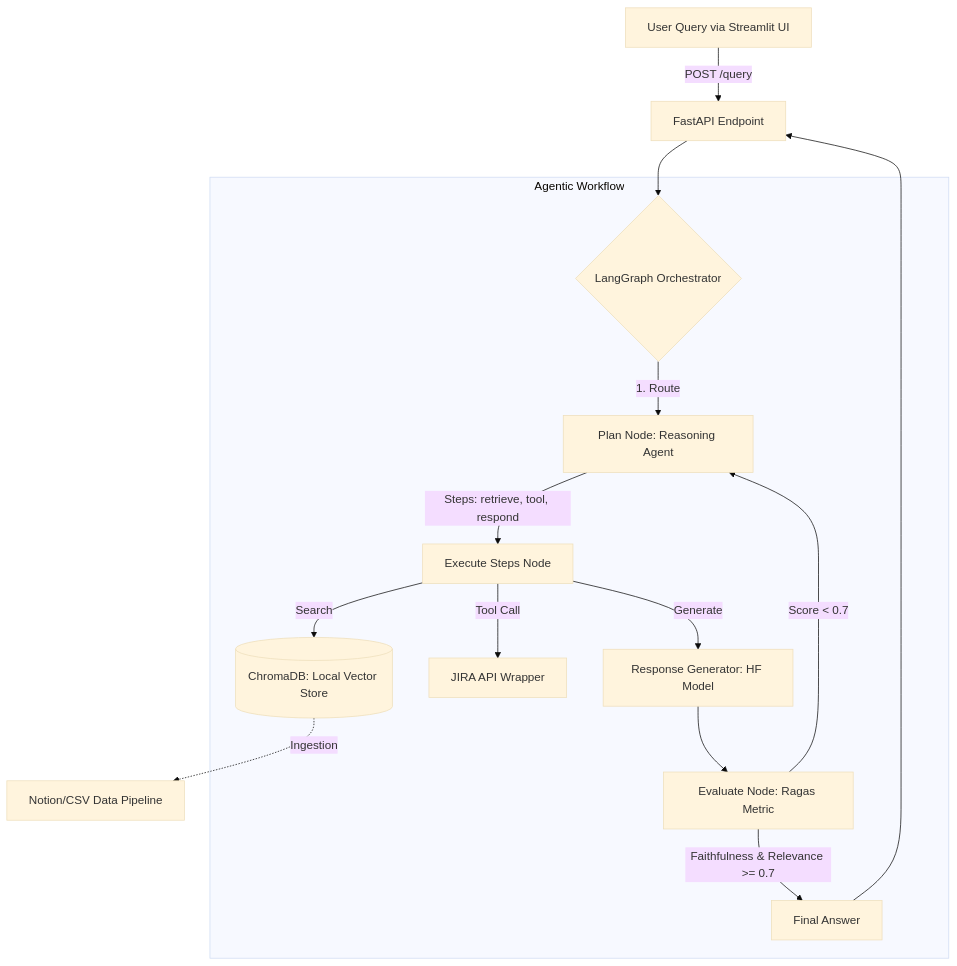
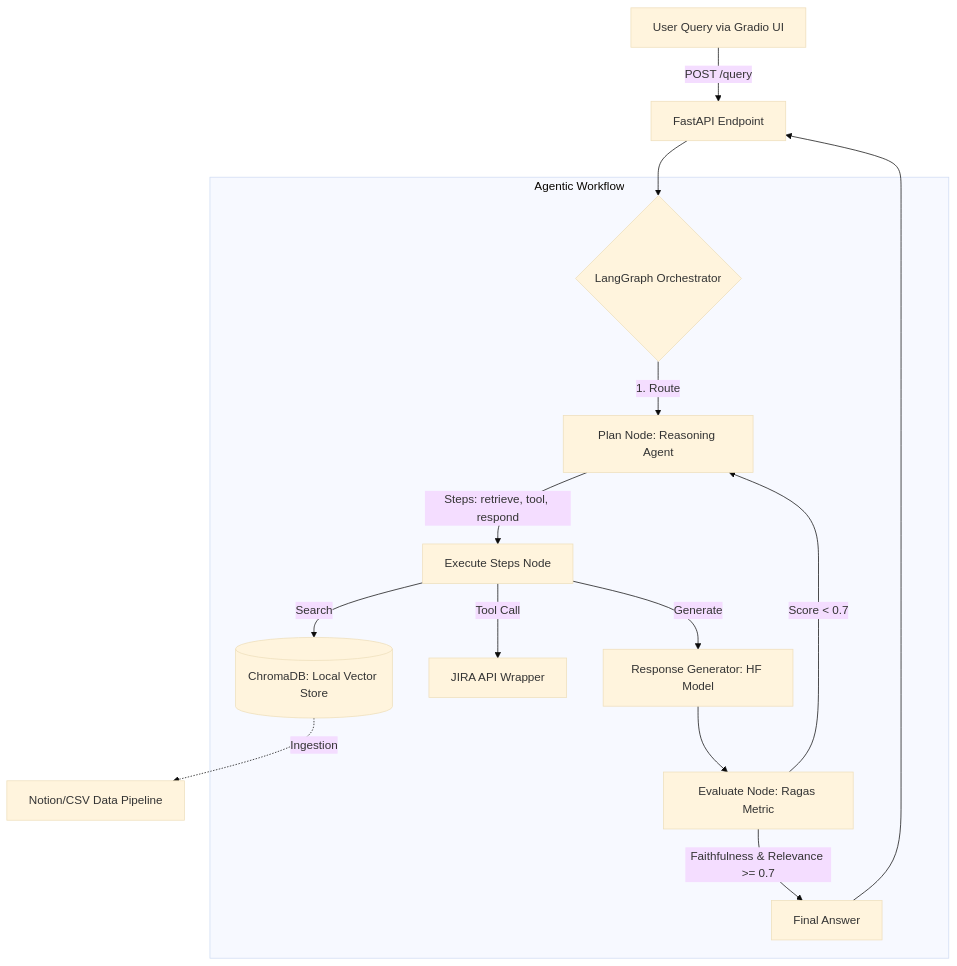
The diagram in README.md (iam4tart/agentic-crm-support), drawn with Mermaid (base theme) before and after one commit. The commit also changed other lines of this file and 2 other files, not shown here.

Commit message:
readme-gradio

````diff
--- a/README.md
+++ b/README.md
@@ -3,20 +3,20 @@
 ```mermaid
 graph TD
-    A[User Query via Streamlit UI] -->|POST /query| B[FastAPI Endpoint]
+    A[User Query via Gradio UI] -->|POST /query| B[FastAPI Endpoint]
     B --> C{LangGraph Orchestrator}
     
     subgraph Agentic Workflow
         C -->|1. Route| D[Plan Node: Reasoning Agent]
         D -->|Steps: retrieve, tool, respond| E[Execute Steps Node]
         E -->|Search| F[(ChromaDB: Local Vector Store)]
         E -->|Tool Call| G[JIRA API Wrapper]
         E -->|Generate| H[Response Generator: HF Model]
         
         H --> I[Evaluate Node: Ragas Metric]
         I -->|Faithfulness & Relevance >= 0.7| J[Final Answer]
         I -->|Score < 0.7| D
     end
     
     J --> B
     F -.->|Ingestion| K[Notion/CSV Data Pipeline]
 ```
````
